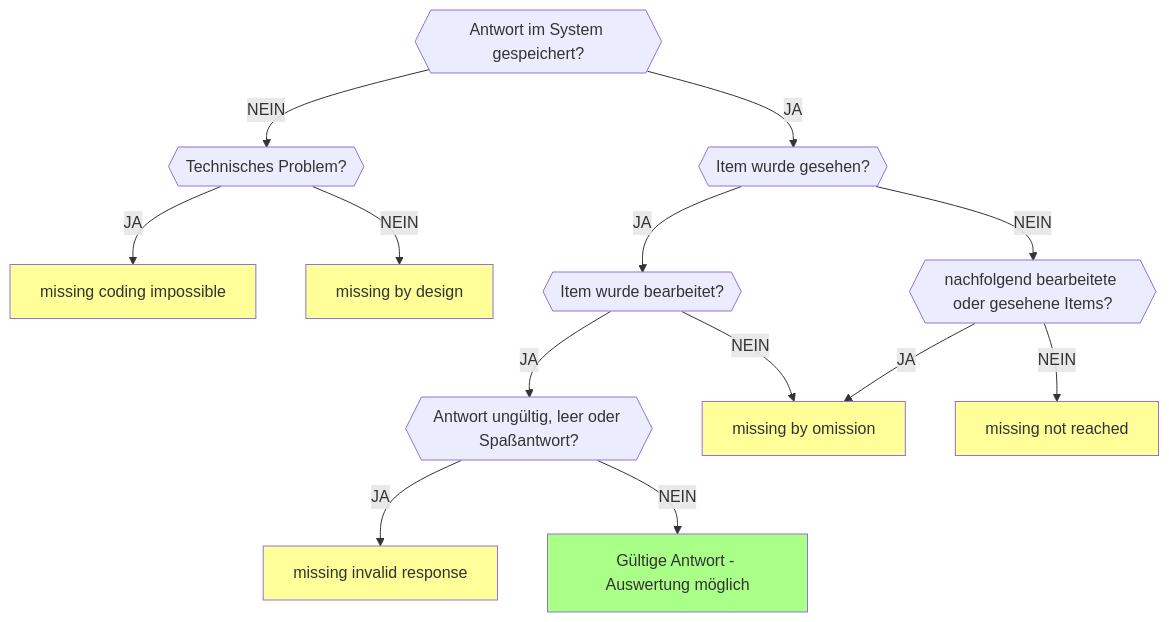
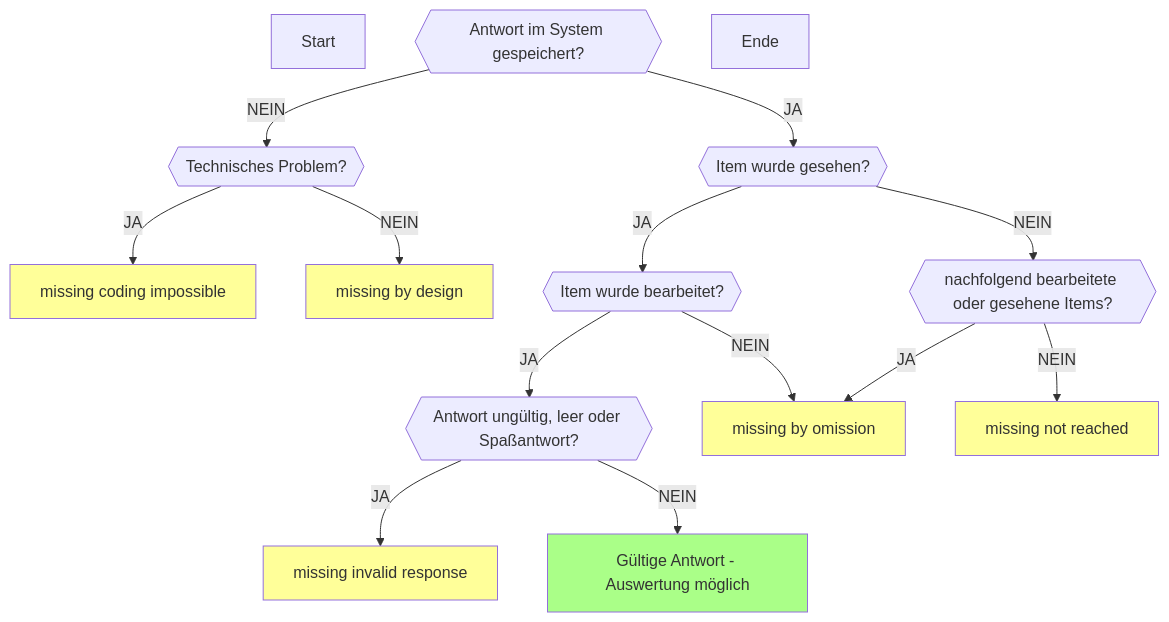
One commit to iqb-berlin/coding-info changed the diagram in data-structures/missings.qmd. Above: the diagram before and after it, drawn with Mermaid.

Commit message:
Fix missing try3

````diff
--- a/data-structures/missings.qmd
+++ b/data-structures/missings.qmd
@@ -15,23 +15,24 @@
 ```{mermaid}
 flowchart TD
-    C{{"Antwort im System gespeichert?"}}
-    C --> |NEIN| B{{"Technisches Problem?"}}
+    Start
+    C{{"Antwort im System gespeichert?"}} --> |NEIN| B{{"Technisches Problem?"}}
     B -->|JA| D["missing coding impossible"]
     style D fill:#ff9
     B -->|NEIN| E["missing by design"]
     style E fill:#ff9
 
     C -->|JA| A{{"Item wurde gesehen?"}}
     A -->|JA| F{{"Item wurde bearbeitet?"}}
     style G fill:#ff9
     F -->|JA| H{{"Antwort ungültig, leer oder Spaßantwort?"}}
     A -->|NEIN| I{{"nachfolgend bearbeitete oder gesehene Items?"}}
     F -->|NEIN| J["missing by omission"]
     I -->|JA| J
     I -->|NEIN| G["missing not reached"]
     style J fill:#ff9
     H -->|JA| K["missing invalid response"]
     style K fill:#ff9
     H -->|NEIN| L["Gültige Antwort - Auswertung möglich"]
     style L fill:#af8
+    Ende
 ```
````
